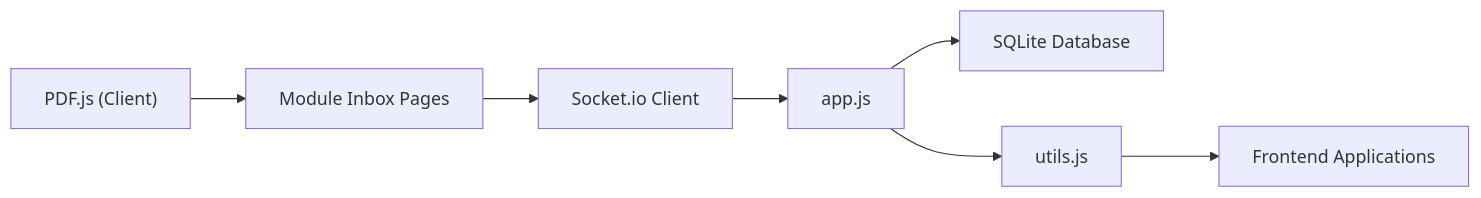
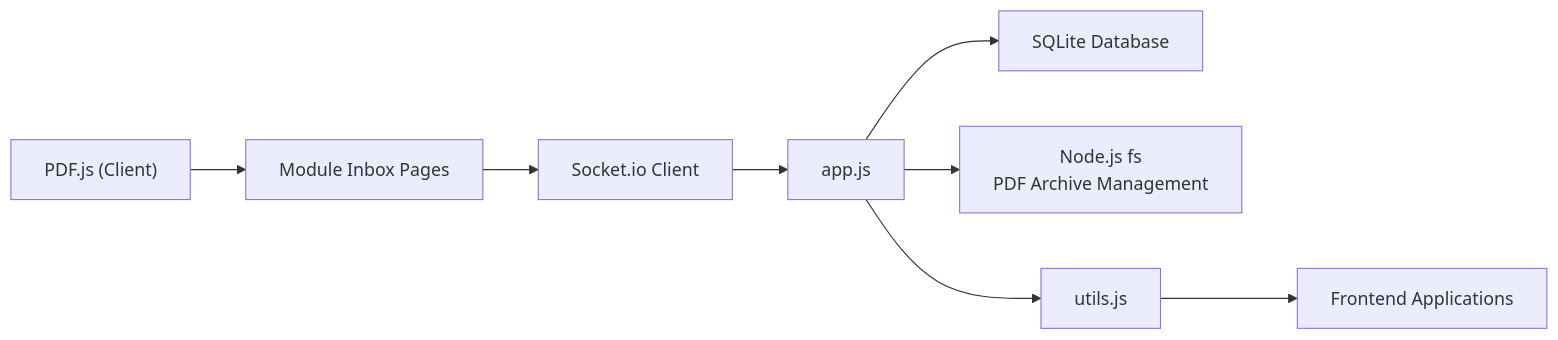
Before and after one commit to rendisiagian/TDS_by_RENDISIAGIAN: the seventh of 7 diagrams in .qoder/repowiki/en/content/Advanced Features/Real-time Processing & Socket.io Integration.md, drawn with Mermaid. The commit also changed other lines of this file and 91 other files, not shown here.

````diff
--- a/.qoder/repowiki/en/content/Advanced Features/Real-time Processing & Socket.io Integration.md
+++ b/.qoder/repowiki/en/content/Advanced Features/Real-time Processing & Socket.io Integration.md
@@ -225,9 +274,10 @@
 ```mermaid
 graph LR
 PDFJS["PDF.js (Client)"] --> Inbox["Module Inbox Pages"]
 Inbox --> SocketIO["Socket.io Client"]
 SocketIO --> Server["app.js"]
 Server --> SQLite["SQLite Database"]
+Server --> FS["Node.js fs<br/>PDF Archive Management"]
 Server --> Utils["utils.js"]
 Utils --> Frontend["Frontend Applications"]
 ```
````
